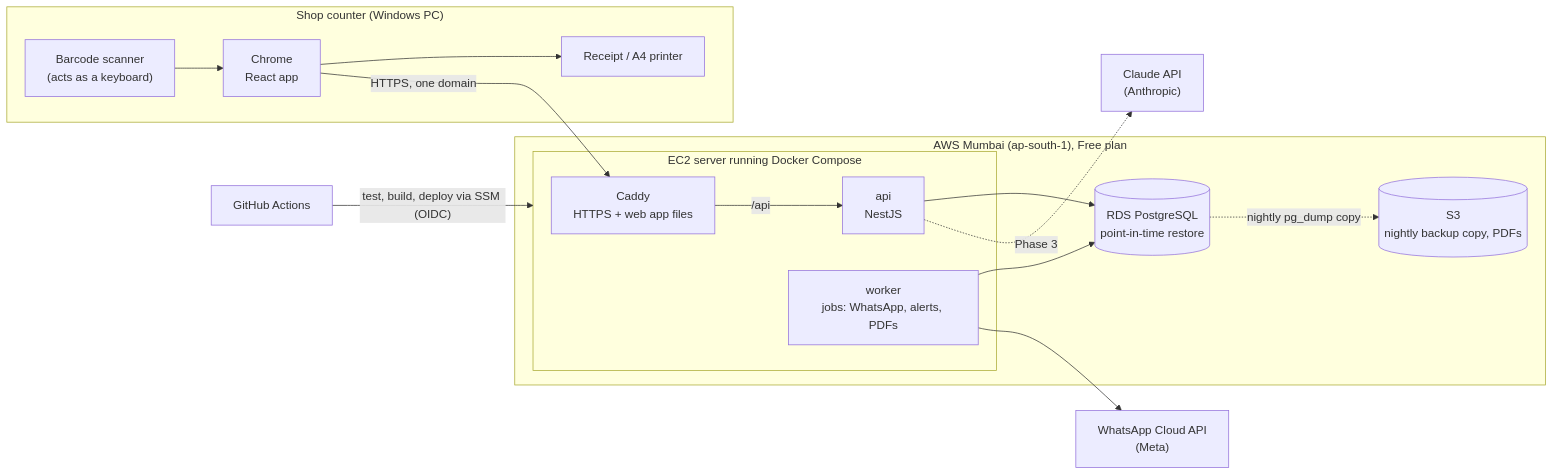
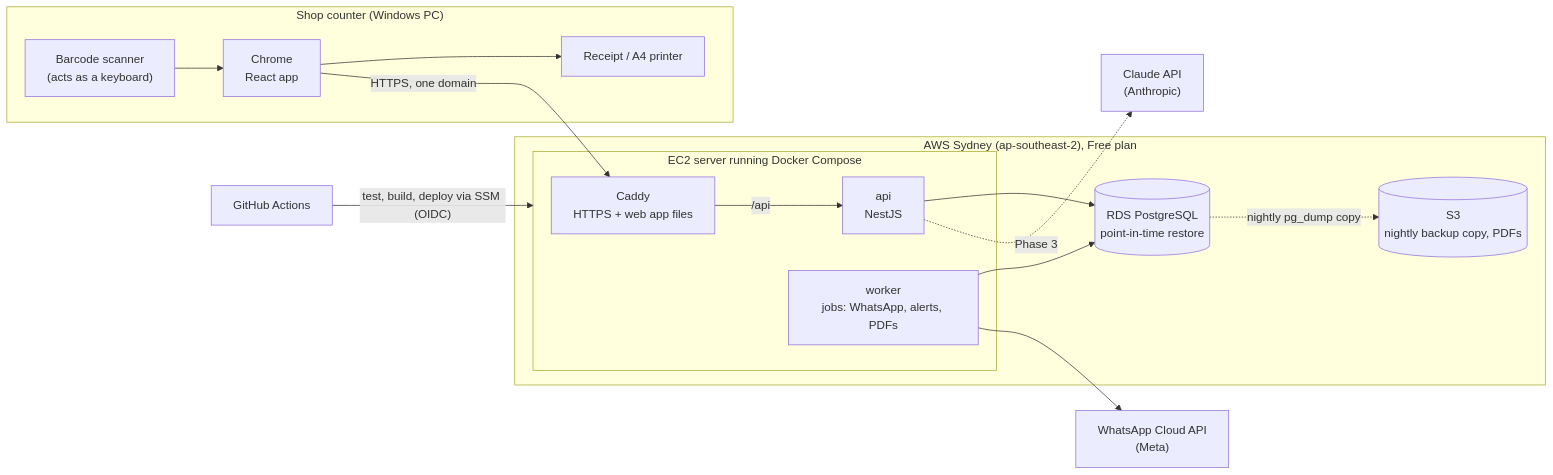
The first of 3 diagrams in docs/architecture.md (aryangupta1811/business-software), drawn with Mermaid before and after one commit. The commit also changed other lines of this file and 11 other files, not shown here.

````diff
--- a/docs/architecture.md
+++ b/docs/architecture.md
@@ -11,26 +11,26 @@
 ```mermaid
 flowchart LR
   subgraph shop["Shop counter (Windows PC)"]
     scanner["Barcode scanner<br/>(acts as a keyboard)"] --> chrome["Chrome<br/>React app"]
     chrome --> printer["Receipt / A4 printer"]
   end
 
-  subgraph aws["AWS Mumbai (ap-south-1), Free plan"]
+  subgraph aws["AWS Sydney (ap-southeast-2), Free plan"]
     subgraph ec2["EC2 server running Docker Compose"]
       caddy["Caddy<br/>HTTPS + web app files"]
       api["api<br/>NestJS"]
       worker["worker<br/>jobs: WhatsApp, alerts, PDFs"]
     end
     db[("RDS PostgreSQL<br/>point-in-time restore")]
     s3[("S3<br/>nightly backup copy, PDFs")]
   end
 
   chrome -- "HTTPS, one domain" --> caddy
   caddy -- "/api" --> api
   api --> db
   worker --> db
   db -. "nightly pg_dump copy" .-> s3
   worker --> wa["WhatsApp Cloud API<br/>(Meta)"]
   api -. "Phase 3" .-> claude["Claude API<br/>(Anthropic)"]
   ci["GitHub Actions"] -- "test, build, deploy via SSM (OIDC)" --> ec2
 ```
````
